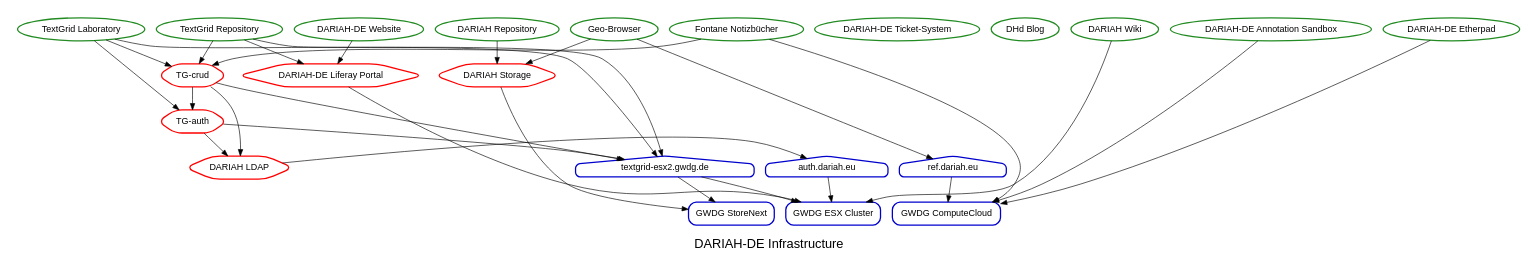
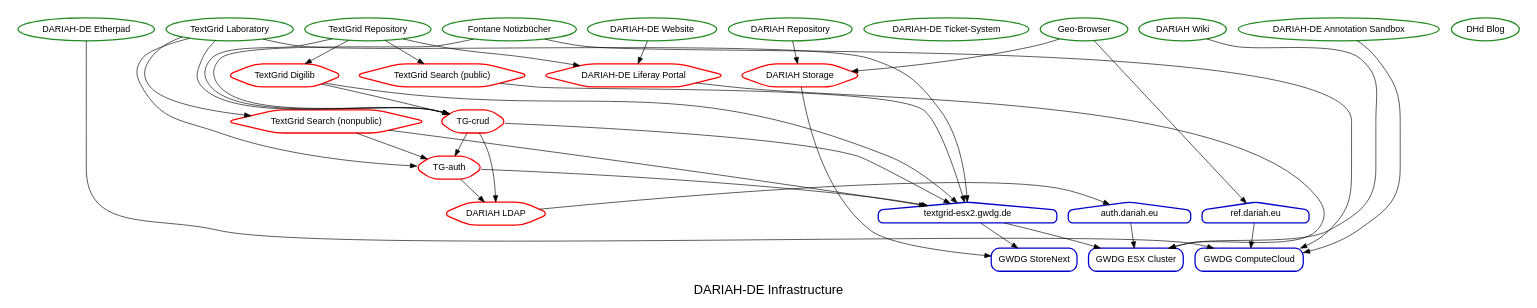
One commit to DARIAH-DE/status changed the diagram in dariah_infrastructure.gv. Above: the diagram before and after it, drawn with Graphviz. The commit also changed 1 other file, not shown here.

Commit message:
merge graphic

```diff
--- a/dariah_infrastructure.gv
+++ b/dariah_infrastructure.gv
@@ -1,68 +1,78 @@
 digraph {
 	fontname=helvetica fontsize=20 label="DARIAH-DE Infrastructure"
 	subgraph cluster_services {
 		node [color=forestgreen fontname=helvetica shape=oval style="rounded,bold"]
 		color=white label=""
-		"/services/tgrep" [label="TextGrid Repository"]
+		"/services/dhdblog" [label="DHd Blog"]
+		"/services/website" [label="DARIAH-DE Website"]
+		"/services/etherpad" [label="DARIAH-DE Etherpad"]
 		"/services/fontane" [label="Fontane Notizbücher"]
-		"/services/tglab" [label="TextGrid Laboratory"]
-		"/services/dhdblog" [label="DHd Blog"]
 		"/services/otrs" [label="DARIAH-DE Ticket-System"]
+		"/services/repository" [label="DARIAH Repository"]
 		"/services/confluence" [label="DARIAH Wiki"]
 		"/services/annotation_sandbox" [label="DARIAH-DE Annotation Sandbox"]
-		"/services/etherpad" [label="DARIAH-DE Etherpad"]
-		"/services/website" [label="DARIAH-DE Website"]
+		"/services/tgrep" [label="TextGrid Repository"]
 		"/services/geobrowser" [label="Geo-Browser"]
-		"/services/repository" [label="DARIAH Repository"]
+		"/services/tglab" [label="TextGrid Laboratory"]
 	}
 	subgraph cluster_middlewares {
 		node [color=red fontname=helvetica shape=hexagon style="rounded,bold"]
 		color=white label=""
 		"/middlewares/dariahstorage" [label="DARIAH Storage"]
+		"/middlewares/liferay" [label="DARIAH-DE Liferay Portal"]
+		"/middlewares/tgdigilib" [label="TextGrid Digilib"]
+		"/middlewares/tgsearch-nonpublic" [label="TextGrid Search (nonpublic)"]
+		"/middlewares/tgauth" [label="TG-auth"]
+		"/middlewares/tgsearch-public" [label="TextGrid Search (public)"]
+		"/middlewares/tgcrud" [label="TG-crud"]
 		"/middlewares/dariahldap" [label="DARIAH LDAP"]
-		"/middlewares/tgauth" [label="TG-auth"]
-		"/middlewares/liferay" [label="DARIAH-DE Liferay Portal"]
-		"/middlewares/tgcrud" [label="TG-crud"]
 	}
 	subgraph cluster_servers {
 		node [color=blue3 fontname=helvetica shape=house style="rounded,bold"]
 		color=white label=""
 		"/servers/ref" [label="ref.dariah.eu"]
+		"/servers/textgrid-esx2" [label="textgrid-esx2.gwdg.de"]
 		"/servers/auth" [label="auth.dariah.eu"]
-		"/servers/textgrid-esx2" [label="textgrid-esx2.gwdg.de"]
 	}
 	subgraph cluster_infrastructure {
 		node [color=blue3 fontname=helvetica shape=box style="rounded,bold"]
 		color=white label=""
+		"/infrastructure/gwdg-storenext" [label="GWDG StoreNext"]
 		"/infrastructure/gwdg-esx" [label="GWDG ESX Cluster"]
-		"/infrastructure/gwdg-storenext" [label="GWDG StoreNext"]
 		"/infrastructure/gwdg-cloud" [label="GWDG ComputeCloud"]
 	}
+	"/services/website" -> "/middlewares/liferay"
+	"/services/etherpad" -> "/infrastructure/gwdg-cloud"
+	"/services/fontane" -> "/middlewares/tgcrud"
+	"/services/fontane" -> "/infrastructure/gwdg-cloud"
+	"/services/repository" -> "/middlewares/dariahstorage"
+	"/services/confluence" -> "/infrastructure/gwdg-esx"
+	"/services/annotation_sandbox" -> "/infrastructure/gwdg-cloud"
 	"/services/tgrep" -> "/middlewares/liferay"
 	"/services/tgrep" -> "/middlewares/tgcrud"
-	"/services/tgrep" -> "/servers/textgrid-esx2"
-	"/services/fontane" -> "/middlewares/tgcrud"
-	"/services/fontane" -> "/infrastructure/gwdg-cloud"
+	"/services/tgrep" -> "/middlewares/tgsearch-public"
+	"/services/tgrep" -> "/middlewares/tgdigilib"
+	"/services/geobrowser" -> "/middlewares/dariahstorage"
+	"/services/geobrowser" -> "/servers/ref"
 	"/services/tglab" -> "/middlewares/tgauth"
 	"/services/tglab" -> "/middlewares/tgcrud"
+	"/services/tglab" -> "/middlewares/tgsearch-nonpublic"
 	"/services/tglab" -> "/servers/textgrid-esx2"
-	"/services/confluence" -> "/infrastructure/gwdg-esx"
-	"/services/annotation_sandbox" -> "/infrastructure/gwdg-cloud"
-	"/services/etherpad" -> "/infrastructure/gwdg-cloud"
-	"/services/website" -> "/middlewares/liferay"
-	"/services/geobrowser" -> "/middlewares/dariahstorage"
-	"/services/geobrowser" -> "/servers/ref"
-	"/services/repository" -> "/middlewares/dariahstorage"
 	"/middlewares/dariahstorage" -> "/infrastructure/gwdg-storenext"
-	"/middlewares/dariahldap" -> "/servers/auth"
+	"/middlewares/liferay" -> "/infrastructure/gwdg-esx"
+	"/middlewares/tgdigilib" -> "/middlewares/tgcrud"
+	"/middlewares/tgdigilib" -> "/servers/textgrid-esx2"
+	"/middlewares/tgsearch-nonpublic" -> "/servers/textgrid-esx2"
+	"/middlewares/tgsearch-nonpublic" -> "/middlewares/tgauth"
 	"/middlewares/tgauth" -> "/middlewares/dariahldap"
 	"/middlewares/tgauth" -> "/servers/textgrid-esx2"
-	"/middlewares/liferay" -> "/infrastructure/gwdg-esx"
+	"/middlewares/tgsearch-public" -> "/servers/textgrid-esx2"
 	"/middlewares/tgcrud" -> "/middlewares/tgauth"
 	"/middlewares/tgcrud" -> "/middlewares/dariahldap"
 	"/middlewares/tgcrud" -> "/servers/textgrid-esx2"
+	"/middlewares/dariahldap" -> "/servers/auth"
 	"/servers/ref" -> "/infrastructure/gwdg-cloud"
-	"/servers/auth" -> "/infrastructure/gwdg-esx"
 	"/servers/textgrid-esx2" -> "/infrastructure/gwdg-storenext"
 	"/servers/textgrid-esx2" -> "/infrastructure/gwdg-esx"
+	"/servers/auth" -> "/infrastructure/gwdg-esx"
 }
```
